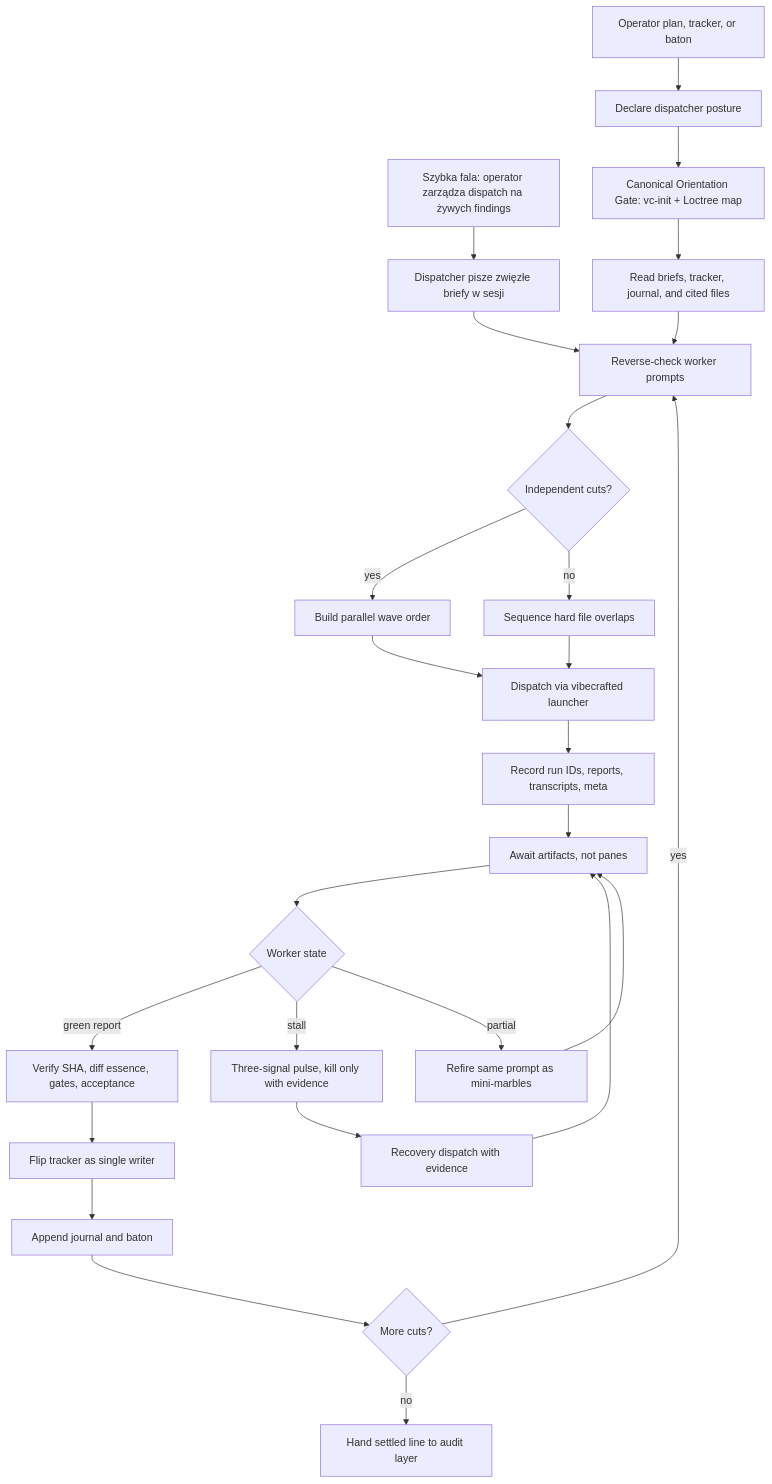
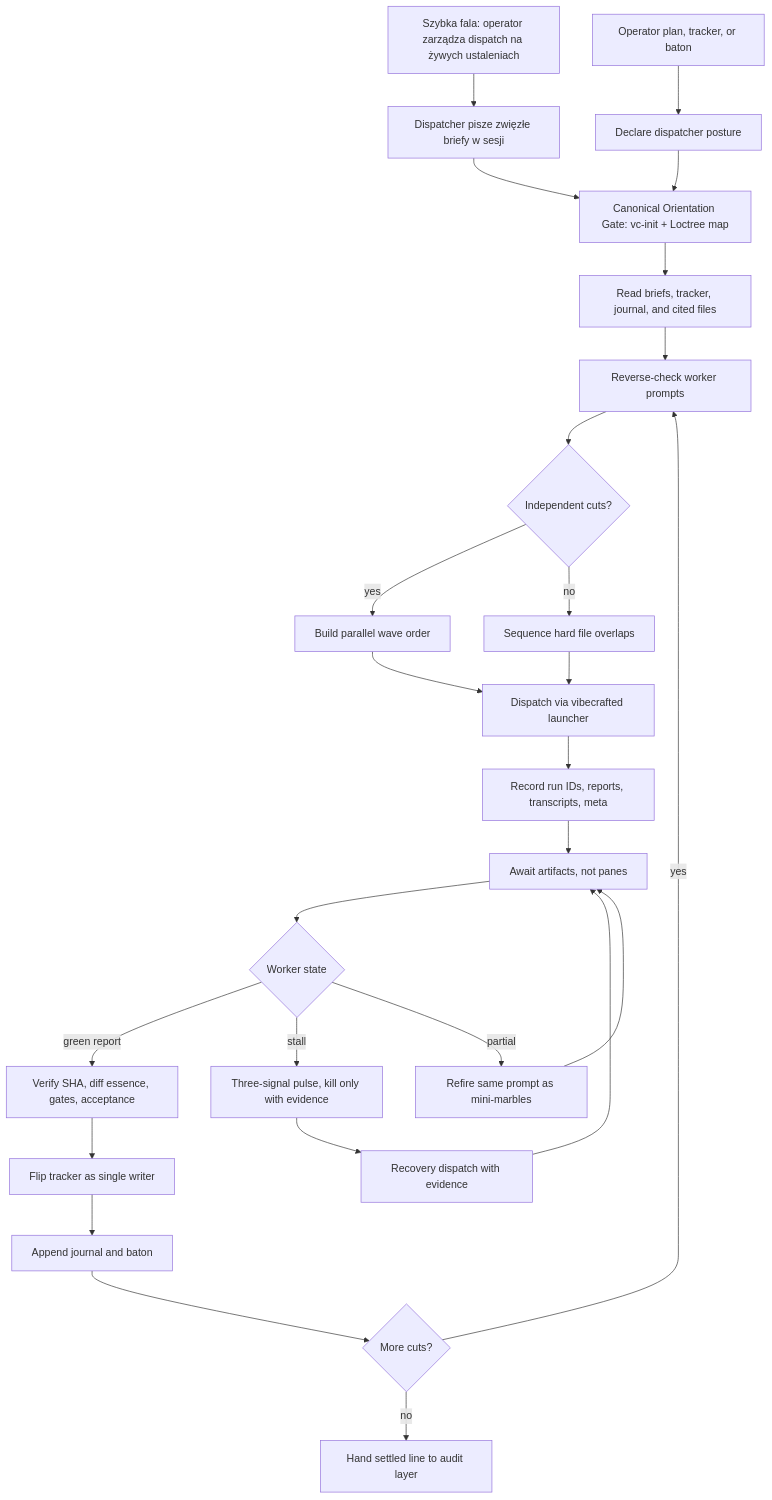
The diagram in vibecrafted-core/vibecrafted_core/skills/pl/vc-dispatch/FLOW.md (VetCoders/vibecrafted), drawn with Mermaid before and after one commit. The commit also changed 4 other files, not shown here.

First line of the commit message:
[claude/interactive] fix(vc-dispatch): review fixes — orientation gate in fast-wave flow, pinned SHA in substrate, PL glossary

````diff
--- a/vibecrafted-core/vibecrafted_core/skills/pl/vc-dispatch/FLOW.md
+++ b/vibecrafted-core/vibecrafted_core/skills/pl/vc-dispatch/FLOW.md
@@ -11,28 +11,28 @@
 ```mermaid
 flowchart TD
     A[Operator plan, tracker, or baton] --> B[Declare dispatcher posture]
-    A2[Szybka fala: operator zarządza dispatch na żywych findings] --> B2[Dispatcher pisze zwięzłe briefy w sesji]
-    B2 --> E
+    A2[Szybka fala: operator zarządza dispatch na żywych ustaleniach] --> B2[Dispatcher pisze zwięzłe briefy w sesji]
+    B2 --> C
     B --> C[Canonical Orientation Gate: vc-init + Loctree map]
     C --> D[Read briefs, tracker, journal, and cited files]
     D --> E[Reverse-check worker prompts]
     E --> F{Independent cuts?}
     F -->|yes| G[Build parallel wave order]
     F -->|no| H[Sequence hard file overlaps]
     G --> I[Dispatch via vibecrafted launcher]
     H --> I
     I --> J[Record run IDs, reports, transcripts, meta]
     J --> K[Await artifacts, not panes]
     K --> L{Worker state}
     L -->|green report| M[Verify SHA, diff essence, gates, acceptance]
     L -->|stall| N[Three-signal pulse, kill only with evidence]
     L -->|partial| O[Refire same prompt as mini-marbles]
     N --> P[Recovery dispatch with evidence]
     P --> K
     O --> K
     M --> Q[Flip tracker as single writer]
     Q --> R[Append journal and baton]
     R --> S{More cuts?}
     S -->|yes| E
     S -->|no| T[Hand settled line to audit layer]
 ```
````
